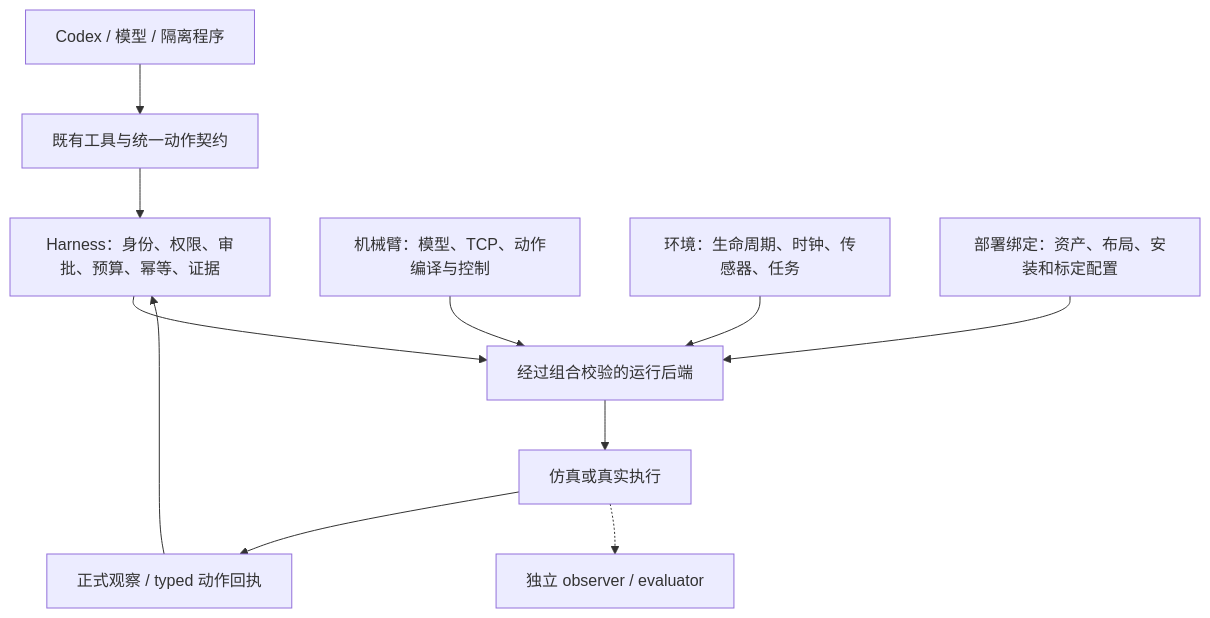
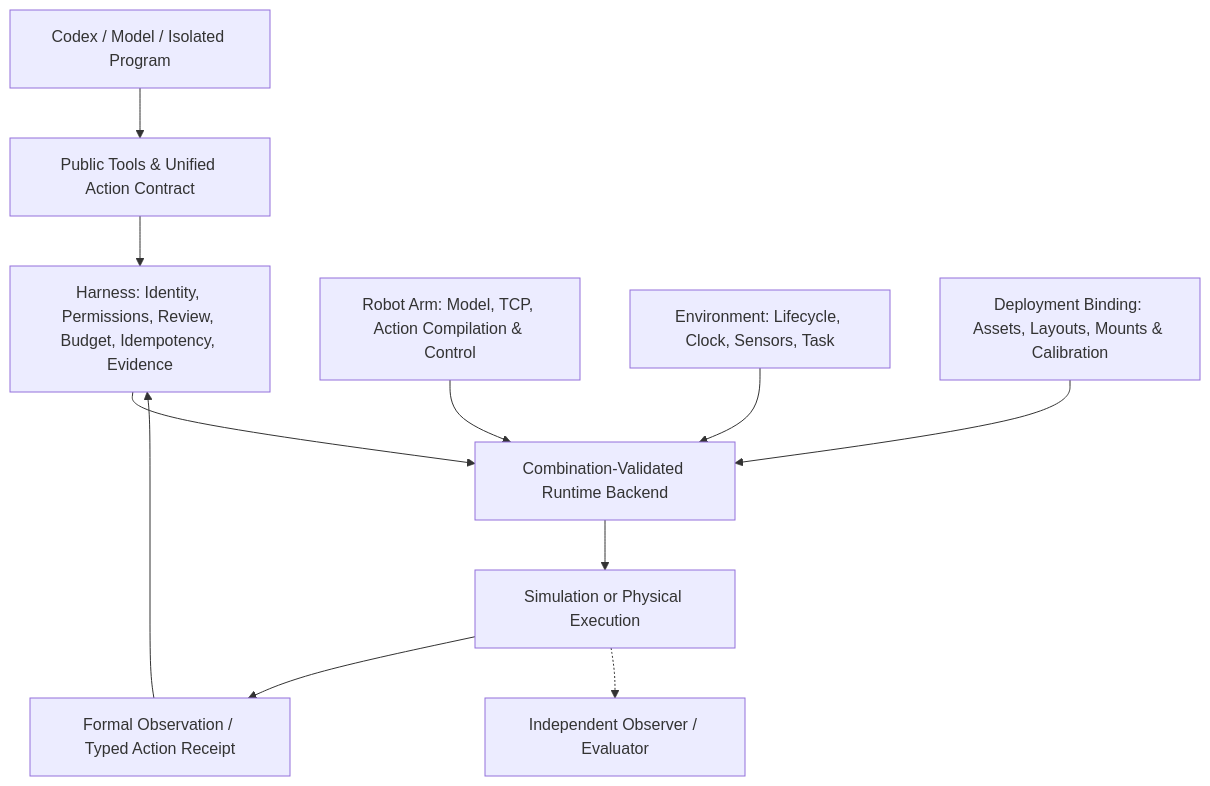
The diagram in docs/development/robot-environment-integration.md (StellarEdge-AI/Auriga), drawn with Mermaid before and after one commit. The commit also changed other lines of this file and 66 other files, not shown here.

````diff
--- a/docs/development/robot-environment-integration.md
+++ b/docs/development/robot-environment-integration.md
@@ -9,13 +9,13 @@
 ```mermaid
 flowchart TD
-    C[Codex / 模型 / 隔离程序] --> T[既有工具与统一动作契约]
-    T --> H[Harness：身份、权限、审批、预算、幂等、证据]
-    H --> B[经过组合校验的运行后端]
-    R[机械臂：模型、TCP、动作编译与控制] --> B
-    E[环境：生命周期、时钟、传感器、任务] --> B
-    D[部署绑定：资产、布局、安装和标定配置] --> B
-    B --> X[仿真或真实执行]
-    X --> O[正式观察 / typed 动作回执]
+    C["Codex / Model / Isolated Program"] --> T["Public Tools & Unified Action Contract"]
+    T --> H["Harness: Identity, Permissions, Review, Budget, Idempotency, Evidence"]
+    H --> B["Combination-Validated Runtime Backend"]
+    R["Robot Arm: Model, TCP, Action Compilation & Control"] --> B
+    E["Environment: Lifecycle, Clock, Sensors, Task"] --> B
+    D["Deployment Binding: Assets, Layouts, Mounts & Calibration"] --> B
+    B --> X["Simulation or Physical Execution"]
+    X --> O["Formal Observation / Typed Action Receipt"]
     O --> H
-    X -.-> V[独立 observer / evaluator]
+    X -.-> V["Independent Observer / Evaluator"]
 ```
````
